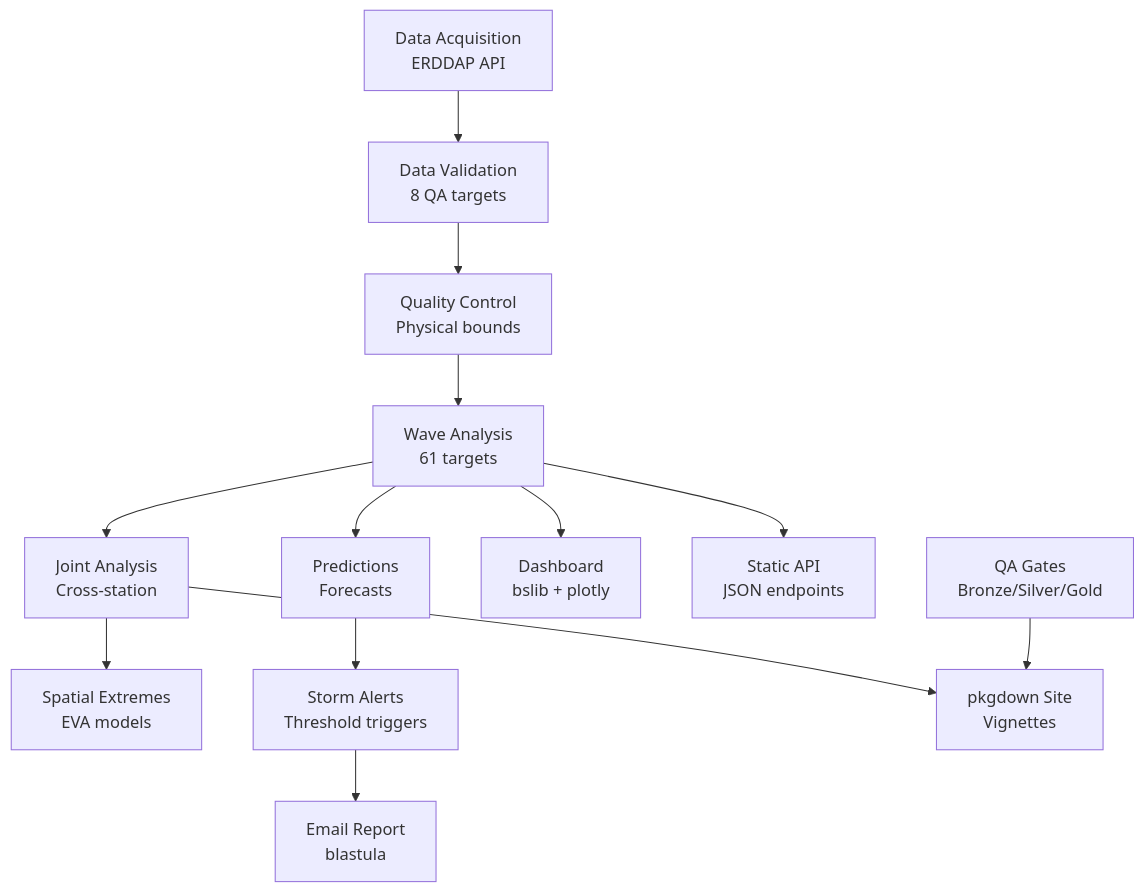
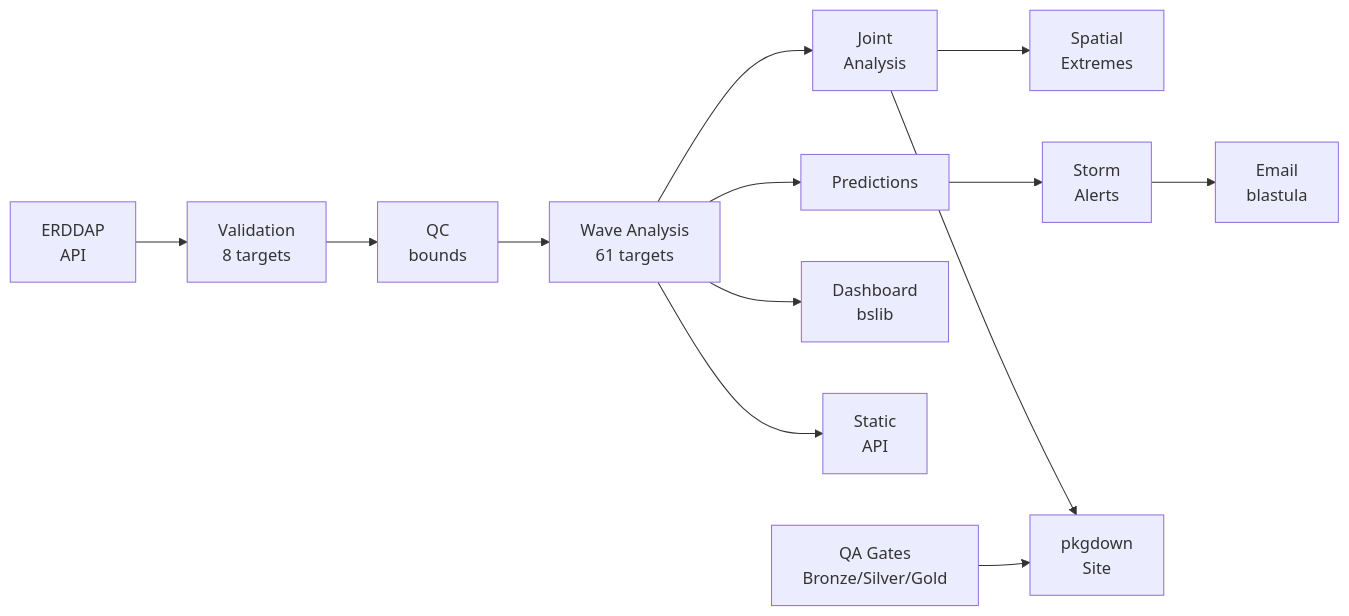
One commit to JohnGavin/llm changed the third of 5 diagrams in vignettes/closeread-infrastructure.qmd. Above: the diagram before and after it, drawn with Mermaid. The commit also changed other lines of this file, not shown here.

First line of the commit message:
fix: diagrams outside tabs, horizontal layout, dark header, no TOC (#66)

````diff
--- a/vignettes/closeread-infrastructure.qmd
+++ b/vignettes/closeread-infrastructure.qmd
@@ -179,24 +158,12 @@
 ```{mermaid}
-%%| fig-cap: "The [irishbuoys](https://github.com/JohnGavin/irishbuoys){target='_blank'} R package monitors wave conditions at Marine Institute buoy stations. 19 plan files, ~294 [targets](https://docs.ropensci.org/targets/){target='_blank'}. Data from [ERDDAP](https://erddap.marine.ie/){target='_blank'}, stored in [DuckDB](https://duckdb.org/){target='_blank'}. Outputs: storm alerts via [blastula](https://pkgs.rstudio.com/blastula/){target='_blank'}, [bslib](https://rstudio.github.io/bslib/){target='_blank'} dashboards, static JSON API, [pkgdown](https://pkgdown.r-lib.org/){target='_blank'} vignettes."
-graph TD
-  acq["Data Acquisition<br/>ERDDAP API"]
-  val["Data Validation<br/>8 QA targets"]
-  qc["Quality Control<br/>Physical bounds"]
-  wave["Wave Analysis<br/>61 targets"]
-  joint["Joint Analysis<br/>Cross-station"]
-  sev["Spatial Extremes<br/>EVA models"]
-  pred["Predictions<br/>Forecasts"]
-  alert["Storm Alerts<br/>Threshold triggers"]
-  email["Email Report<br/>blastula"]
-  dash["Dashboard<br/>bslib + plotly"]
-  api["Static API<br/>JSON endpoints"]
-  site["pkgdown Site<br/>Vignettes"]
-  qa["QA Gates<br/>Bronze/Silver/Gold"]
-  acq --> val --> qc --> wave
-  wave --> joint --> sev
-  wave --> pred --> alert --> email
-  wave --> dash
-  wave --> api
-  joint --> site
-  qa --> site
+%%| fig-cap: "[irishbuoys](https://github.com/JohnGavin/irishbuoys){target='_blank'} monitors wave conditions at Marine Institute buoy stations. 19 plan files, ~294 [targets](https://docs.ropensci.org/targets/){target='_blank'}. Data from [ERDDAP](https://erddap.marine.ie/){target='_blank'}, stored in [DuckDB](https://duckdb.org/){target='_blank'}. Outputs: [blastula](https://pkgs.rstudio.com/blastula/){target='_blank'} alerts, [bslib](https://rstudio.github.io/bslib/){target='_blank'} dashboards, JSON API, [pkgdown](https://pkgdown.r-lib.org/){target='_blank'} vignettes."
+graph LR
+  acq["ERDDAP<br/>API"] --> val["Validation<br/>8 targets"] --> qc["QC<br/>bounds"]
+  qc --> wave["Wave Analysis<br/>61 targets"]
+  wave --> joint["Joint<br/>Analysis"] --> sev["Spatial<br/>Extremes"]
+  wave --> pred["Predictions"] --> alert["Storm<br/>Alerts"] --> email["Email<br/>blastula"]
+  wave --> dash["Dashboard<br/>bslib"]
+  wave --> api["Static<br/>API"]
+  joint --> site["pkgdown<br/>Site"]
+  qa["QA Gates<br/>Bronze/Silver/Gold"] --> site
 ```
````
